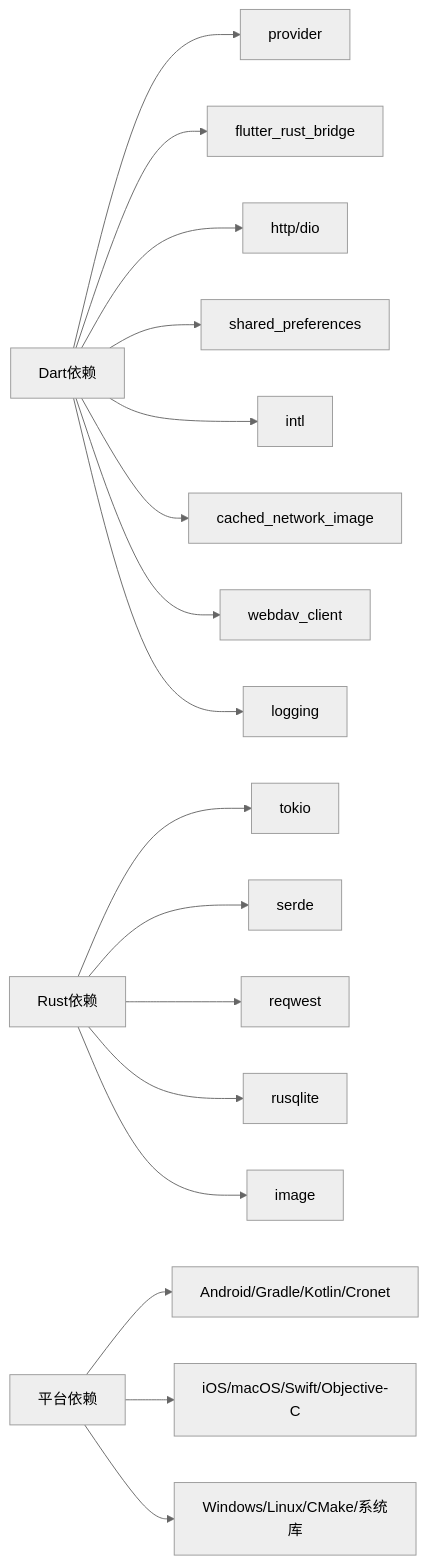
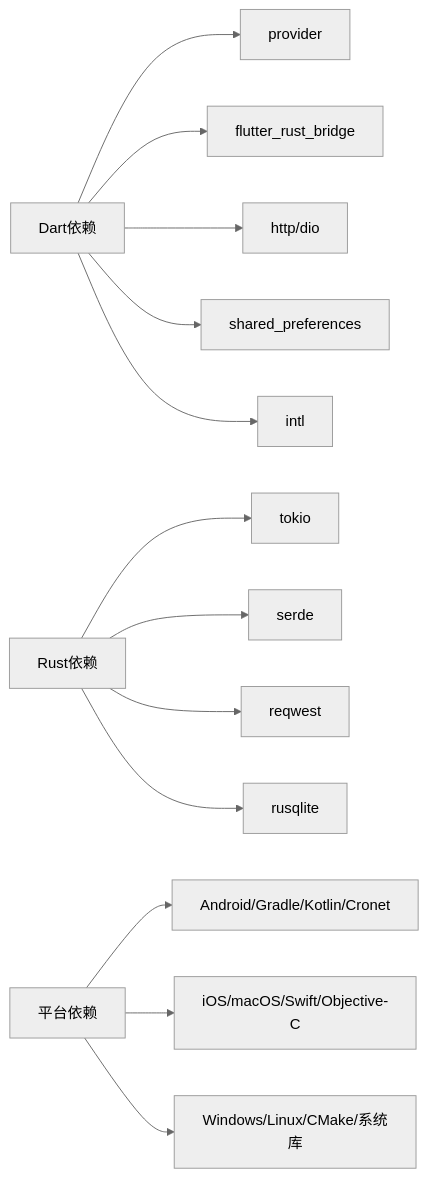
One commit to ZhangGHGitHub/LegadoTeamFlutter changed the eighth of 8 diagrams in .qoder/repowiki/zh/content/Flutter跨平台应用/Flutter跨平台应用.md. Above: the diagram before and after it, drawn with Mermaid (neutral theme). The commit also changed other lines of this file and 60 other files, not shown here.

````diff
--- a/.qoder/repowiki/zh/content/Flutter跨平台应用/Flutter跨平台应用.md
+++ b/.qoder/repowiki/zh/content/Flutter跨平台应用/Flutter跨平台应用.md
@@ -573,19 +427,15 @@
 ```mermaid
 graph LR
 Dart["Dart依赖"] --> Provider["provider"]
 Dart --> FRB["flutter_rust_bridge"]
 Dart --> Http["http/dio"]
 Dart --> Pref["shared_preferences"]
 Dart --> Intl["intl"]
-Dart --> Image["cached_network_image"]
-Dart --> WebDav["webdav_client"]
-Dart --> Logging["logging"]
 Rust["Rust依赖"] --> Tokio["tokio"]
 Rust --> Serde["serde"]
 Rust --> Reqwest["reqwest"]
 Rust --> Sqlite["rusqlite"]
-Rust --> ImageLib["image"]
 Platform["平台依赖"] --> Android["Android/Gradle/Kotlin/Cronet"]
 Platform --> IOS["iOS/macOS/Swift/Objective-C"]
 Platform --> WinLin["Windows/Linux/CMake/系统库"]
 ```
````
